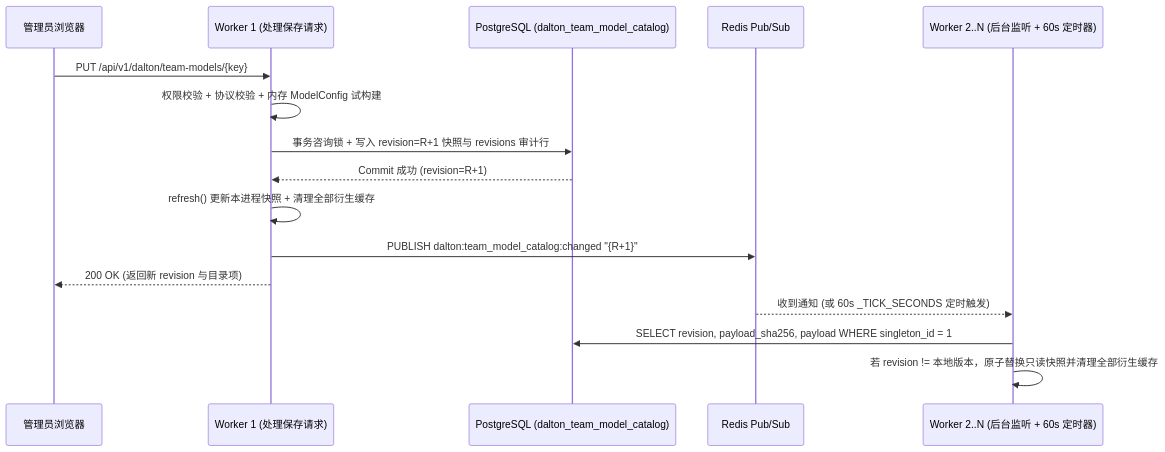
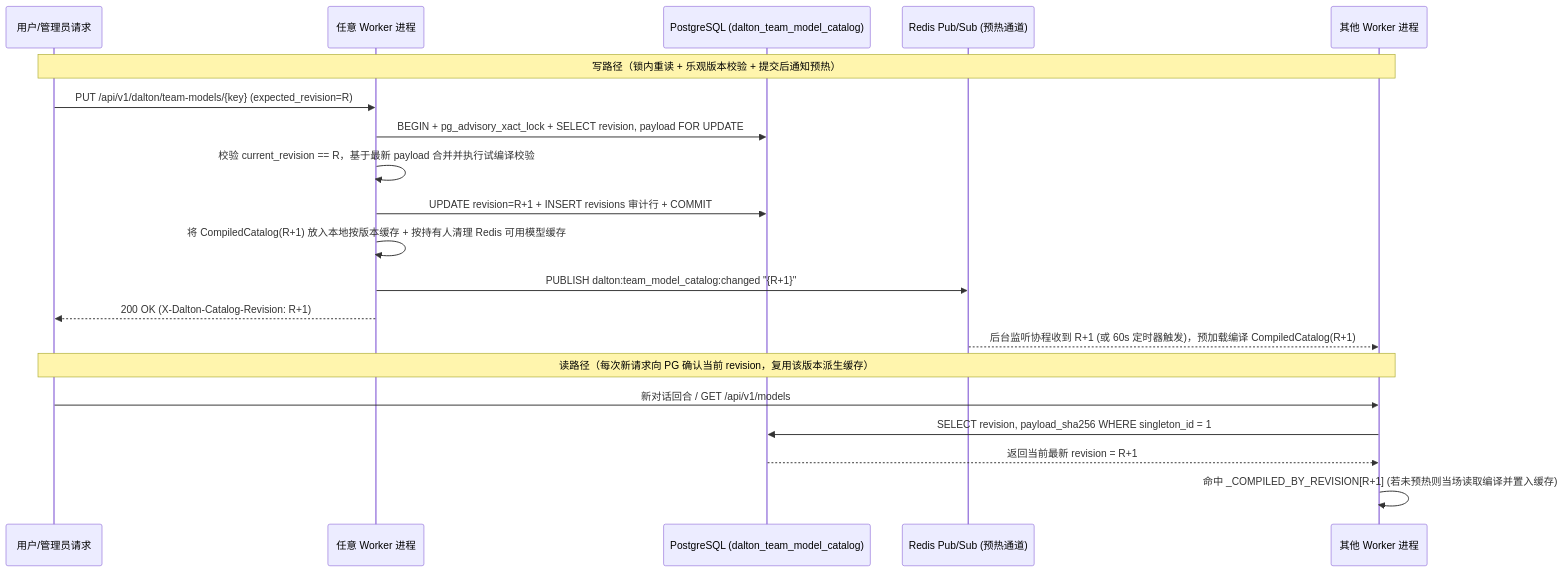
Before and after one commit to everflowinv/dalton-langalpha: the second of 2 diagrams in docs/dalton/features/team-model-catalog.md, drawn with Mermaid. The commit also changed other lines of this file, not shown here.

Commit message:
docs(models): team model catalog r2: own credentials bound to their address, per-turn catalog version, retire and rollback scope

````diff
--- a/docs/dalton/features/team-model-catalog.md
+++ b/docs/dalton/features/team-model-catalog.md
@@ -232,19 +274,24 @@
 ```mermaid
 sequenceDiagram
-    participant Admin as 管理员浏览器
-    participant W1 as Worker 1 (处理保存请求)
+    participant Client as 用户/管理员请求
+    participant W1 as 任意 Worker 进程
     participant PG as PostgreSQL (dalton_team_model_catalog)
-    participant Redis as Redis Pub/Sub
-    participant W2 as Worker 2..N (后台监听 + 60s 定时器)
+    participant Redis as Redis Pub/Sub (预热通道)
+    participant W2 as 其他 Worker 进程
 
-    Admin->>W1: PUT /api/v1/dalton/team-models/{key}
-    W1->>W1: 权限校验 + 协议校验 + 内存 ModelConfig 试构建
-    W1->>PG: 事务咨询锁 + 写入 revision=R+1 快照与 revisions 审计行
-    PG-->>W1: Commit 成功 (revision=R+1)
-    W1->>W1: refresh() 更新本进程快照 + 清理全部衍生缓存
+    Note over Client,W2: 写路径（锁内重读 + 乐观版本校验 + 提交后通知预热）
+    Client->>W1: PUT /api/v1/dalton/team-models/{key} (expected_revision=R)
+    W1->>PG: BEGIN + pg_advisory_xact_lock + SELECT revision, payload FOR UPDATE
+    W1->>W1: 校验 current_revision == R，基于最新 payload 合并并执行试编译校验
+    W1->>PG: UPDATE revision=R+1 + INSERT revisions 审计行 + COMMIT
+    W1->>W1: 将 CompiledCatalog(R+1) 放入本地按版本缓存 + 按持有人清理 Redis 可用模型缓存
     W1->>Redis: PUBLISH dalton:team_model_catalog:changed "{R+1}"
-    W1-->>Admin: 200 OK (返回新 revision 与目录项)
-    Redis-->>W2: 收到通知 (或 60s _TICK_SECONDS 定时触发)
-    W2->>PG: SELECT revision, payload_sha256, payload WHERE singleton_id = 1
-    W2->>W2: 若 revision != 本地版本，原子替换只读快照并清理全部衍生缓存
+    W1-->>Client: 200 OK (X-Dalton-Catalog-Revision: R+1)
+    Redis-->>W2: 后台监听协程收到 R+1 (或 60s 定时器触发)，预加载编译 CompiledCatalog(R+1)
+
+    Note over Client,W2: 读路径（每次新请求向 PG 确认当前 revision，复用该版本派生缓存）
+    Client->>W2: 新对话回合 / GET /api/v1/models
+    W2->>PG: SELECT revision, payload_sha256 WHERE singleton_id = 1
+    PG-->>W2: 返回当前最新 revision = R+1
+    W2->>W2: 命中 _COMPILED_BY_REVISION[R+1] (若未预热则当场读取编译并置入缓存)
 ```
````
